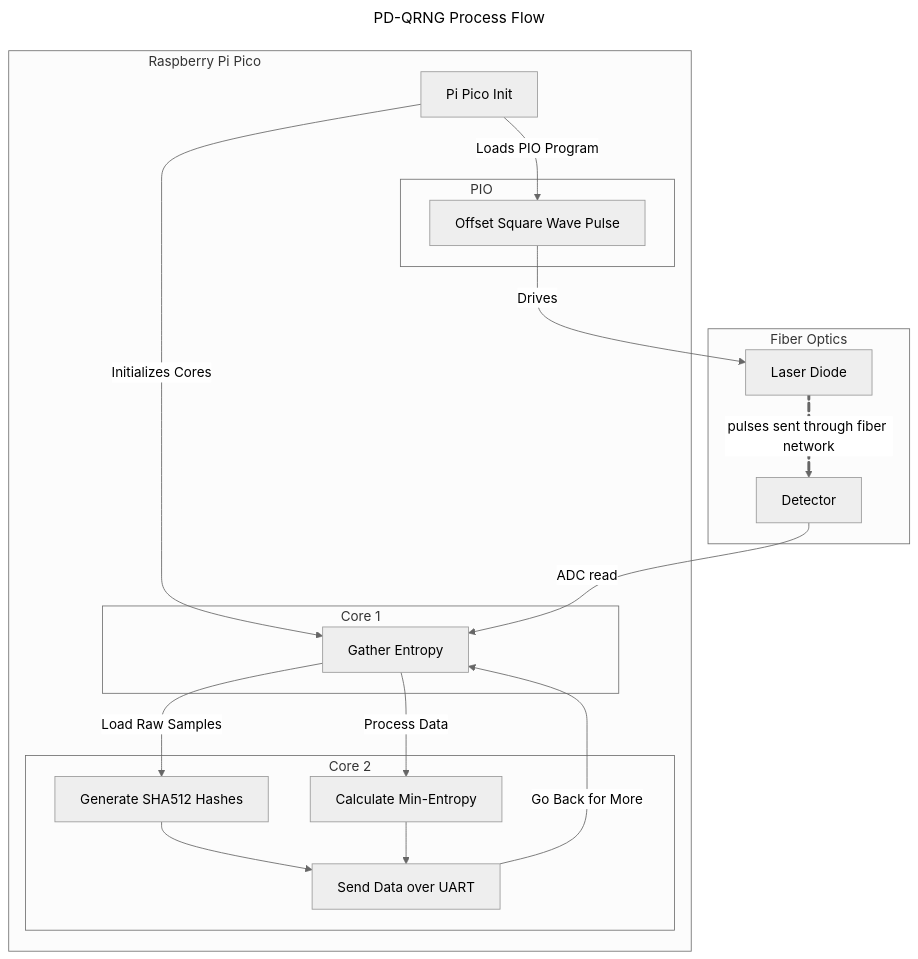
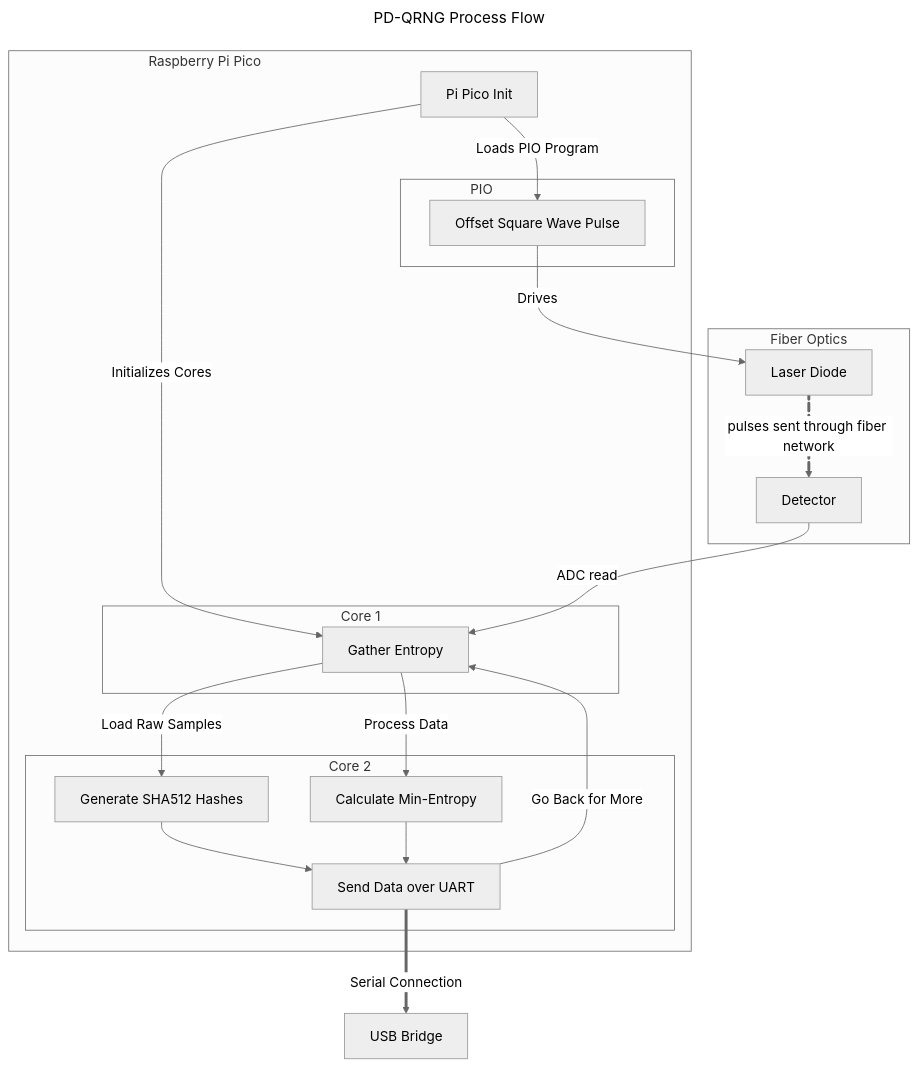
Before and after one commit to QuantumVillage/FiberRanger: the diagram in README.md, drawn with Mermaid (neutral theme).

Commit message:
added flow charts

````diff
--- a/README.md
+++ b/README.md
@@ -9,37 +9,38 @@
 ```mermaid
 ---
 title: PD-QRNG Process Flow
 ---
 
 flowchart TD
     subgraph Fiber Optics
     L[Laser Diode]
     D[Detector]
     end
     subgraph R[<div style="width:30em; height:8em; display:flex; justify-content: flex-start;">Raspberry Pi Pico</div>]
         I[Pi Pico Init]
         subgraph PIO [<div style="width:10em; height:8em; display:flex; justify-content: flex-start;">PIO</div>]
         A[Offset Square Wave Pulse]
         end
         subgraph Core 1
         G[Gather Entropy]
         end
         subgraph Core 2
         M[Calculate Min-Entropy]
         S[Generate SHA512 Hashes]
         U[Send Data over UART]
         end
     end
+    B[USB Bridge]
     I -->|Initializes Cores| G[Gather Entropy]
     I -->|Loads PIO Program| A
     D -->|ADC read| G
     G -->|Process Data| M
     G -->|Load Raw Samples| S
     S --> U
     M --> U
     U -->|Go Back for More| G
     A  -->|Drives| L
     L e1@==>|pulses sent through fiber network| D
     e1@{ animate: true }
-
+    U ==>|Serial Connection| B
 ```
````
